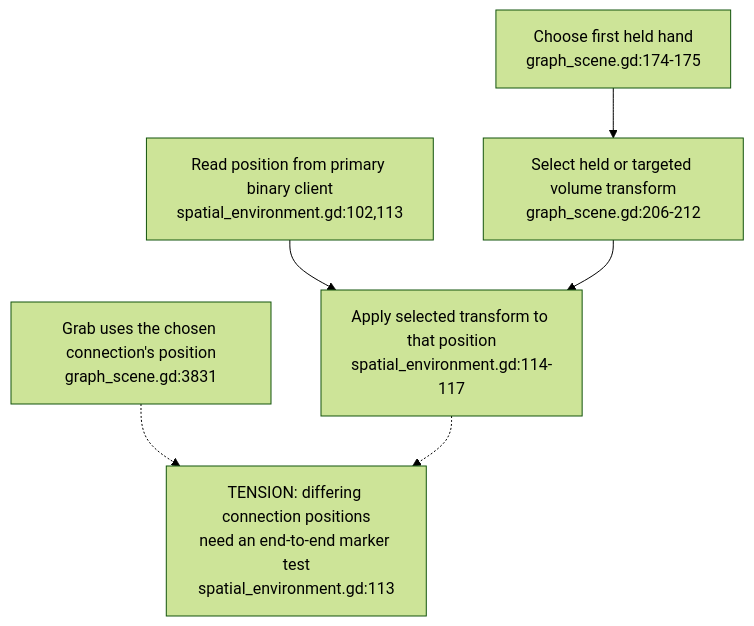
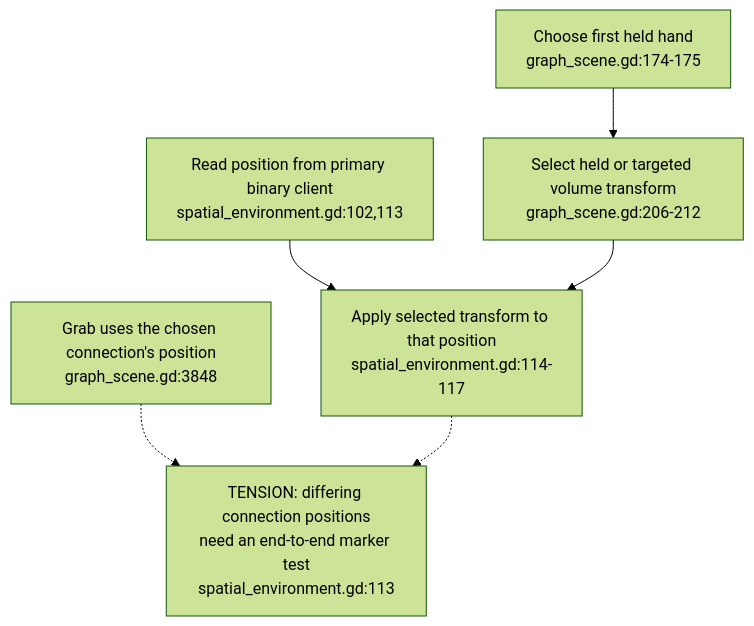
The fifth of 7 diagrams in docs/diagrams/visionclaw/52-drag-holds-and-observation-gates.md (DreamLab-AI/VisionFlow), drawn with Mermaid (forest theme) before and after one commit. The commit also changed other lines of this file and 154 other files, not shown here.

First line of the commit message:
docs(diagrams): re-stamp 154 topics whose every citation still reads the same text at the current heads

````diff
--- a/docs/diagrams/visionclaw/52-drag-holds-and-observation-gates.md
+++ b/docs/diagrams/visionclaw/52-drag-holds-and-observation-gates.md
@@ -108,8 +108,8 @@
 ```mermaid
 flowchart TD
     HAND["Choose first held hand<br/>graph_scene.gd:174-175"] --> FRAME["Select held or targeted volume transform<br/>graph_scene.gd:206-212"]
     PRIMARY["Read position from primary binary client<br/>spatial_environment.gd:102,113"] --> WORLD["Apply selected transform to that position<br/>spatial_environment.gd:114-117"]
     FRAME --> WORLD
-    GRAB["Grab uses the chosen connection's position<br/>graph_scene.gd:3831"] -.-> GAP["TENSION: differing connection positions<br/>need an end-to-end marker test<br/>spatial_environment.gd:113"]
+    GRAB["Grab uses the chosen connection's position<br/>graph_scene.gd:3848"] -.-> GAP["TENSION: differing connection positions<br/>need an end-to-end marker test<br/>spatial_environment.gd:113"]
     WORLD -.-> GAP
 ```
````
